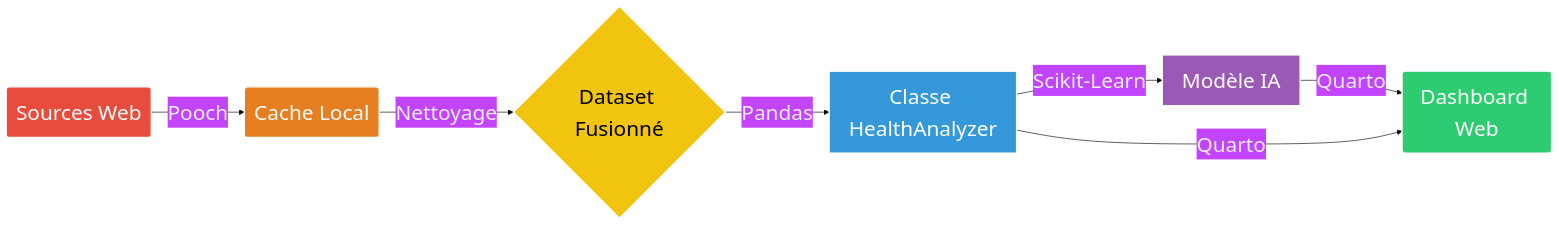
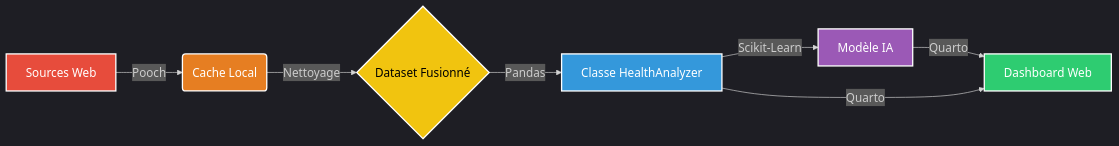
The diagram in slides/presentation.qmd (Modestedvlr/Health4Earth), drawn with Mermaid before and after one commit. The commit also changed other lines of this file and 19 other files, not shown here.

````diff
--- a/slides/presentation.qmd
+++ b/slides/presentation.qmd
@@ -43,16 +45,16 @@
 ```{mermaid}
-%%{init: {'theme': 'base', 'themeVariables': { 'fontSize': '32px', 'fontFamily': 'Helvetica', 'darkMode': true }}}%%
+%%{init: {'theme': 'dark', 'themeVariables': { 'fontSize': '18px', 'fontFamily': 'Helvetica' }}}%%
 flowchart LR
-    A(Sources Web) -->|Pooch| B(Cache Local)
+    A[Sources Web] -->|Pooch| B(Cache Local)
     B -->|Nettoyage| C{Dataset Fusionné}
     C -->|Pandas| D[Classe HealthAnalyzer]
     D -->|Scikit-Learn| E[Modèle IA]
-    E & D -->|Quarto| F(Dashboard Web)
+    E & D -->|Quarto| F[Dashboard Web]
 
     style A fill:#e74c3c,stroke:#fff,stroke-width:2px,color:white
     style B fill:#e67e22,stroke:#fff,stroke-width:2px,color:white
     style C fill:#f1c40f,stroke:#fff,stroke-width:2px,color:black
     style D fill:#3498db,stroke:#fff,stroke-width:2px,color:white
     style E fill:#9b59b6,stroke:#fff,stroke-width:2px,color:white
     style F fill:#2ecc71,stroke:#fff,stroke-width:2px,color:white
 ```
````
